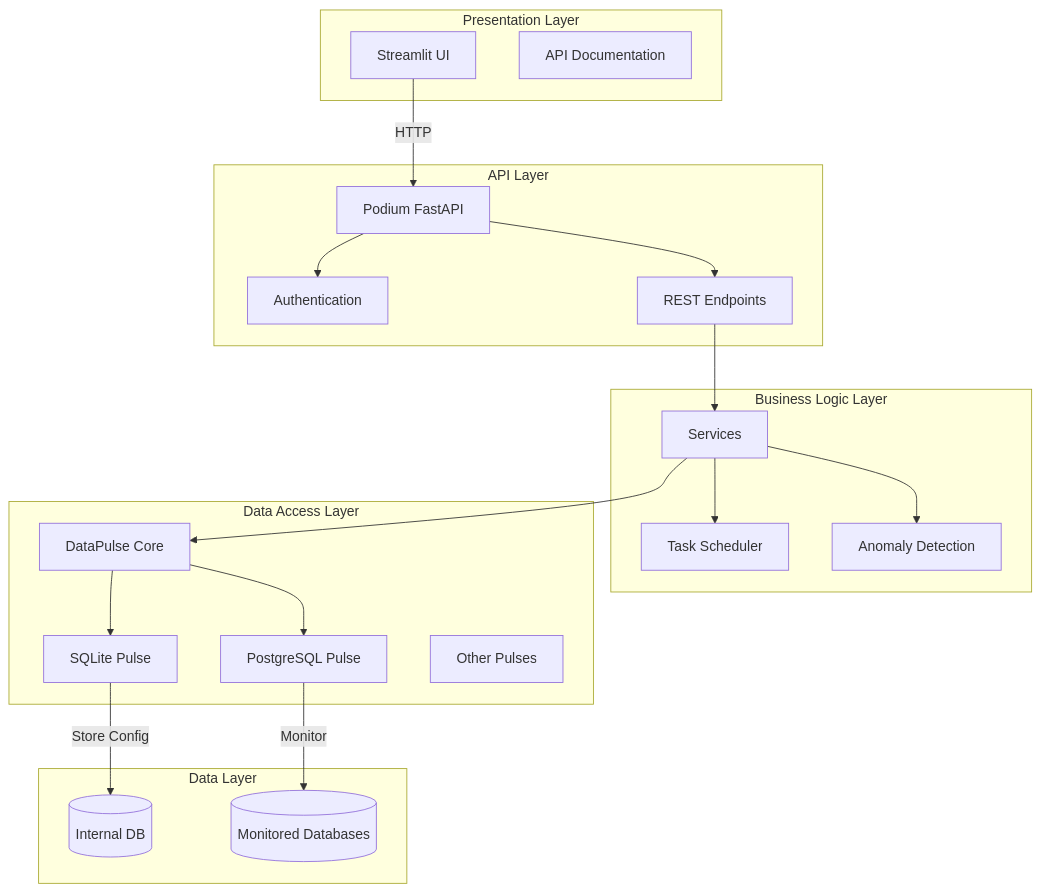
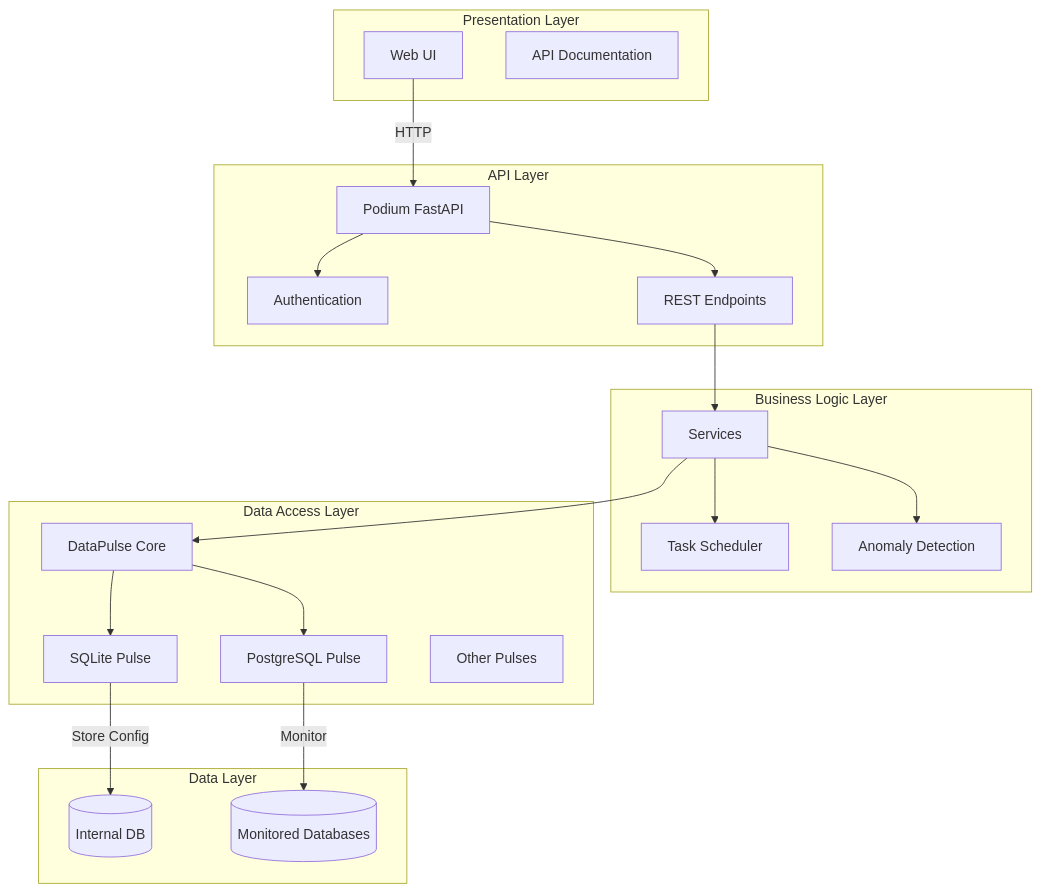
One commit to TheDataMaestros/datametronome changed the first of 9 diagrams in docs/architecture.md. Above: the diagram before and after it, drawn with Mermaid. The commit also changed other lines of this file and 57 other files, not shown here.

````diff
--- a/docs/architecture.md
+++ b/docs/architecture.md
@@ -22,43 +22,43 @@
 ```mermaid
 graph TB
     subgraph "Presentation Layer"
-        UI[Streamlit UI]
+        UI[Web UI]
         API_DOCS[API Documentation]
     end
     
     subgraph "API Layer"
         PODIUM[Podium FastAPI]
         AUTH[Authentication]
         ENDPOINTS[REST Endpoints]
     end
     
     subgraph "Business Logic Layer"
         SERVICES[Services]
         SCHEDULER[Task Scheduler]
         DETECTOR[Anomaly Detection]
     end
     
     subgraph "Data Access Layer"
         PULSE_CORE[DataPulse Core]
         PULSE_PG[PostgreSQL Pulse]
         PULSE_SQLITE[SQLite Pulse]
         PULSE_OTHER[Other Pulses]
     end
     
     subgraph "Data Layer"
         DB_INTERNAL[(Internal DB)]
         DB_MONITORED[(Monitored Databases)]
     end
     
     UI -->|HTTP| PODIUM
     PODIUM --> AUTH
     PODIUM --> ENDPOINTS
     ENDPOINTS --> SERVICES
     SERVICES --> SCHEDULER
     SERVICES --> DETECTOR
     SERVICES --> PULSE_CORE
     PULSE_CORE --> PULSE_PG
     PULSE_CORE --> PULSE_SQLITE
     PULSE_PG -->|Monitor| DB_MONITORED
     PULSE_SQLITE -->|Store Config| DB_INTERNAL
 ```
````
